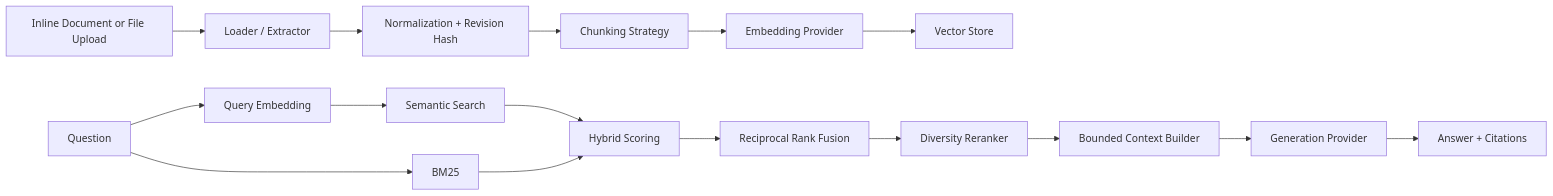
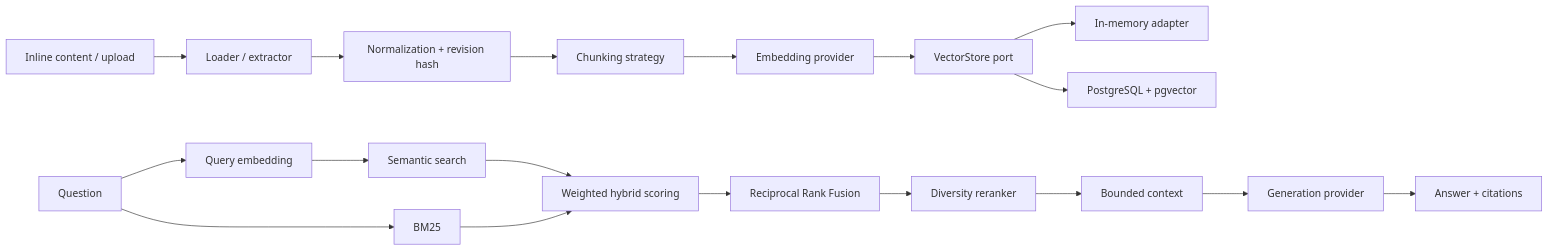
One commit to eloguidici/rag-engine-from-scratch changed the diagram in README.md. Above: the diagram before and after it, drawn with Mermaid. The commit also changed other lines of this file and 15 other files, not shown here.

````diff
--- a/README.md
+++ b/README.md
@@ -13,19 +30,21 @@
 ```mermaid
 flowchart LR
-    A[Inline Document or File Upload] --> B[Loader / Extractor]
-    B --> C[Normalization + Revision Hash]
-    C --> D[Chunking Strategy]
-    D --> E[Embedding Provider]
-    E --> F[Vector Store]
+    A[Inline content / upload] --> B[Loader / extractor]
+    B --> C[Normalization + revision hash]
+    C --> D[Chunking strategy]
+    D --> E[Embedding provider]
+    E --> V[VectorStore port]
+    V --> M[In-memory adapter]
+    V --> P[PostgreSQL + pgvector]
 
-    Q[Question] --> QE[Query Embedding]
-    QE --> SS[Semantic Search]
+    Q[Question] --> QE[Query embedding]
+    QE --> SS[Semantic search]
     Q --> BM25[BM25]
-    SS --> HY[Hybrid Scoring]
-    BM25 --> HY
-    HY --> RRF[Reciprocal Rank Fusion]
-    RRF --> RR[Diversity Reranker]
-    RR --> CB[Bounded Context Builder]
-    CB --> LLM[Generation Provider]
-    LLM --> R[Answer + Citations]
+    SS --> HS[Weighted hybrid scoring]
+    BM25 --> HS
+    HS --> RRF[Reciprocal Rank Fusion]
+    RRF --> RR[Diversity reranker]
+    RR --> CB[Bounded context]
+    CB --> LLM[Generation provider]
+    LLM --> R[Answer + citations]
 ```
````
